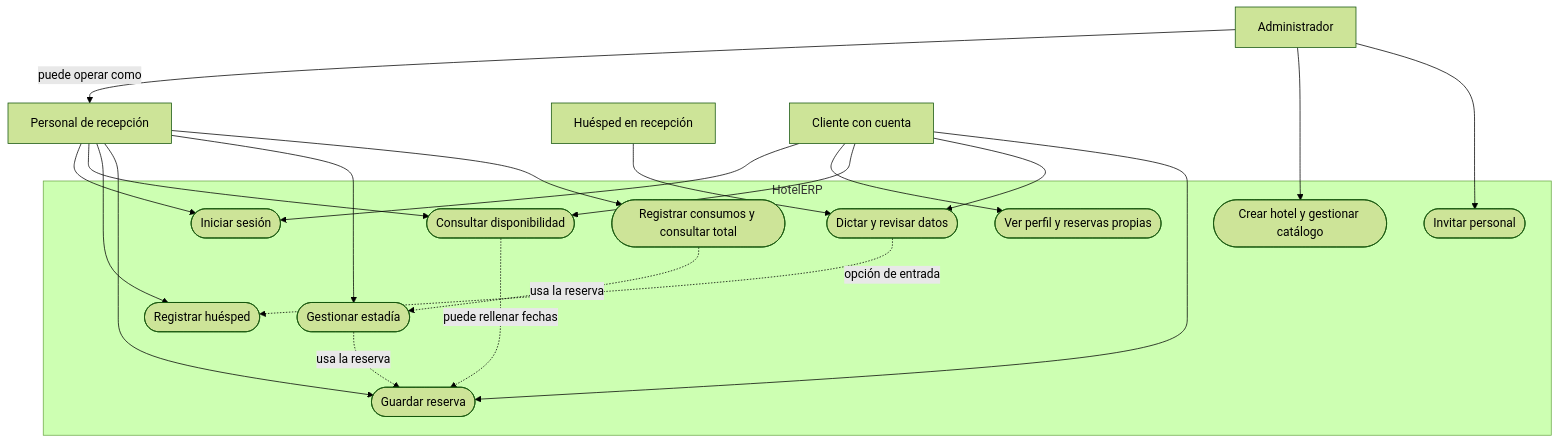
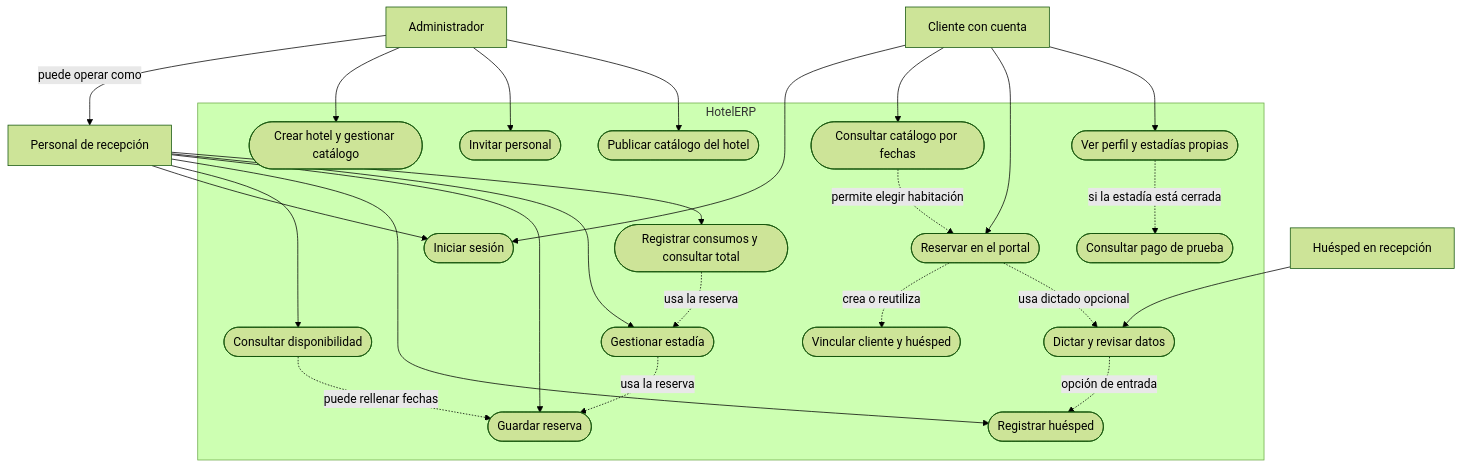
One commit to amadorjara-alt/HotelERP changed the first of 4 diagrams in HotelERP_Diagramas_y_Sustentacion.md. Above: the diagram before and after it, drawn with Mermaid (forest theme). The commit also changed other lines of this file and 6 other files, not shown here.

Commit message:
Cierre final: corrige voz, disponibilidad hoy, seed y diagramas

````diff
--- a/HotelERP_Diagramas_y_Sustentacion.md
+++ b/HotelERP_Diagramas_y_Sustentacion.md
@@ -9,29 +9,38 @@
 ```mermaid
 flowchart TB
   A[Administrador]
   P[Personal de recepción]
   H[Huésped en recepción]
   C[Cliente con cuenta]
   A -->|puede operar como| P
   subgraph ERP[HotelERP]
     Login([Iniciar sesión])
     Admin([Crear hotel y gestionar catálogo])
     Invite([Invitar personal])
+    Publish([Publicar catálogo del hotel])
     Calendar([Consultar disponibilidad])
     Register([Registrar huésped])
     Voice([Dictar y revisar datos])
     Reserve([Guardar reserva])
     Stay([Gestionar estadía])
     Bill([Registrar consumos y consultar total])
-    Portal([Ver perfil y reservas propias])
+    Catalog([Consultar catálogo por fechas])
+    Online([Reservar en el portal])
+    Link([Vincular cliente y huésped])
+    Portal([Ver perfil y estadías propias])
+    Pay([Consultar pago de prueba])
+    Catalog -.->|permite elegir habitación| Online
+    Online -.->|crea o reutiliza| Link
+    Online -.->|usa dictado opcional| Voice
+    Portal -.->|si la estadía está cerrada| Pay
     Voice -.->|opción de entrada| Register
     Calendar -.->|puede rellenar fechas| Reserve
     Stay -.->|usa la reserva| Reserve
     Bill -.->|usa la reserva| Stay
   end
   A --> Admin
-  A --> Invite
+  A --> Invite & Publish
   P --> Login & Calendar & Register & Reserve & Stay & Bill
   H --> Voice
-  C --> Login & Portal & Calendar & Voice & Reserve
+  C --> Login & Catalog & Online & Portal
 ```
````
